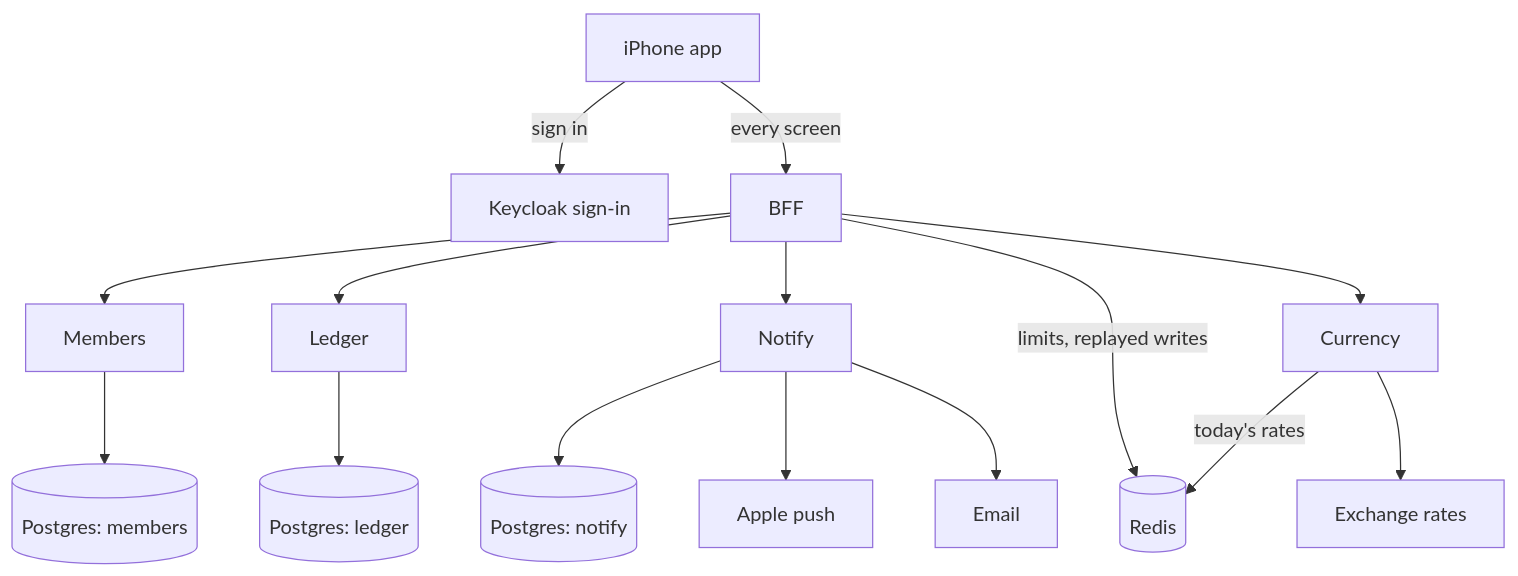
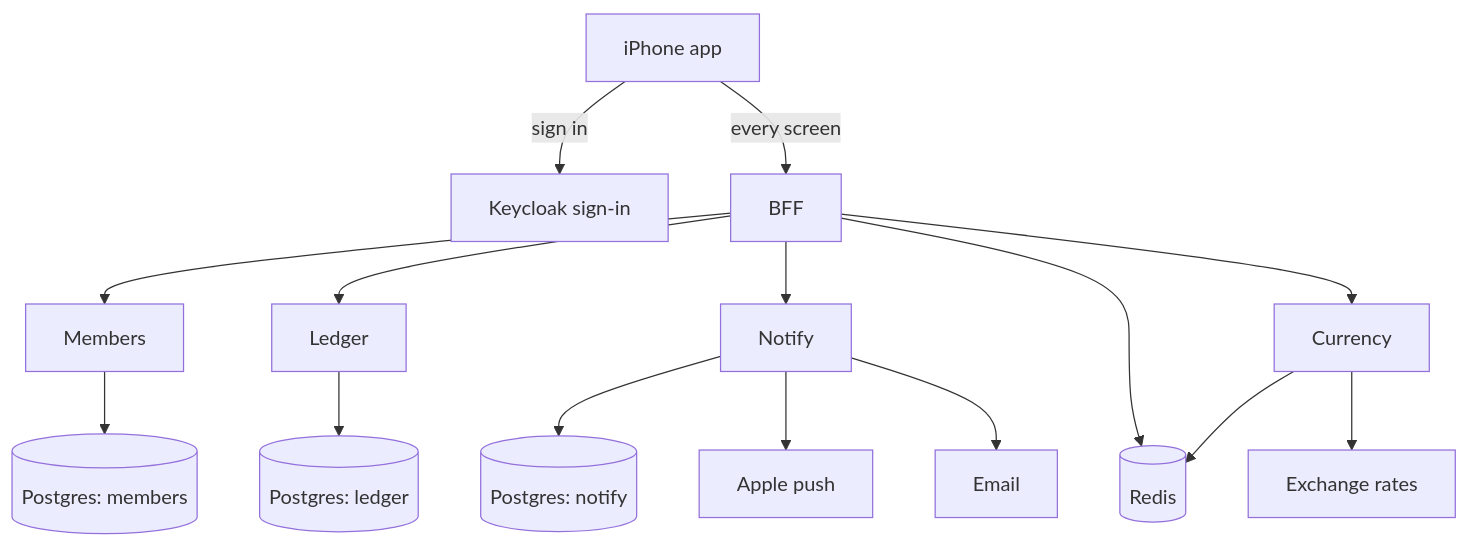
One commit to ravialdyh/my-money-recap-monorepo changed the first of 2 diagrams in README.md. Above: the diagram before and after it, drawn with Mermaid.

Commit message:
docs: keep Redis on the store row of the request diagram

````diff
--- a/README.md
+++ b/README.md
@@ -56,31 +56,31 @@
 ```mermaid
 flowchart TD
     app["iPhone app"]
     keycloak["Keycloak sign-in"]
     bff["BFF"]
     members["Members"]
     ledger["Ledger"]
     notify["Notify"]
     currency["Currency"]
     mdb[("Postgres: members")]
     ldb[("Postgres: ledger")]
     ndb[("Postgres: notify")]
     redis[("Redis")]
     apple["Apple push"]
     mail["Email"]
     rates["Exchange rates"]
     app -- "sign in" --> keycloak
     app -- "every screen" --> bff
     bff --> members
     bff --> ledger
     bff --> notify
     bff --> currency
-    bff -- "limits, replayed writes" --> redis
+    bff --> redis
     members --> mdb
     ledger --> ldb
     notify --> ndb
-    currency -- "today's rates" --> redis
+    currency --> redis
     notify --> apple
     notify --> mail
     currency --> rates
 ```
````
